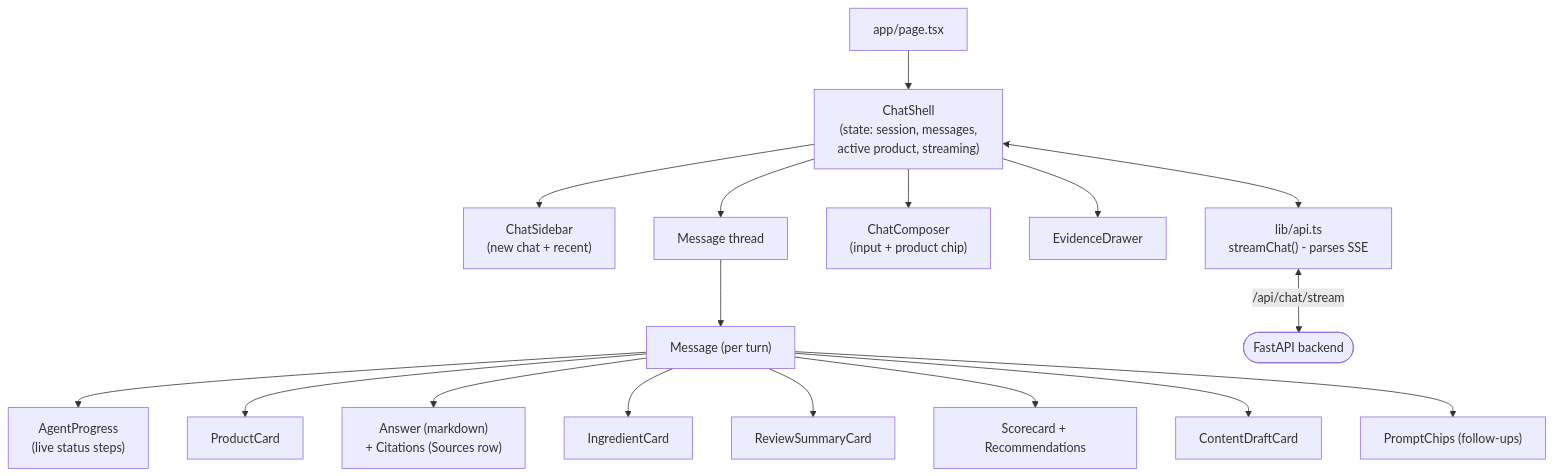
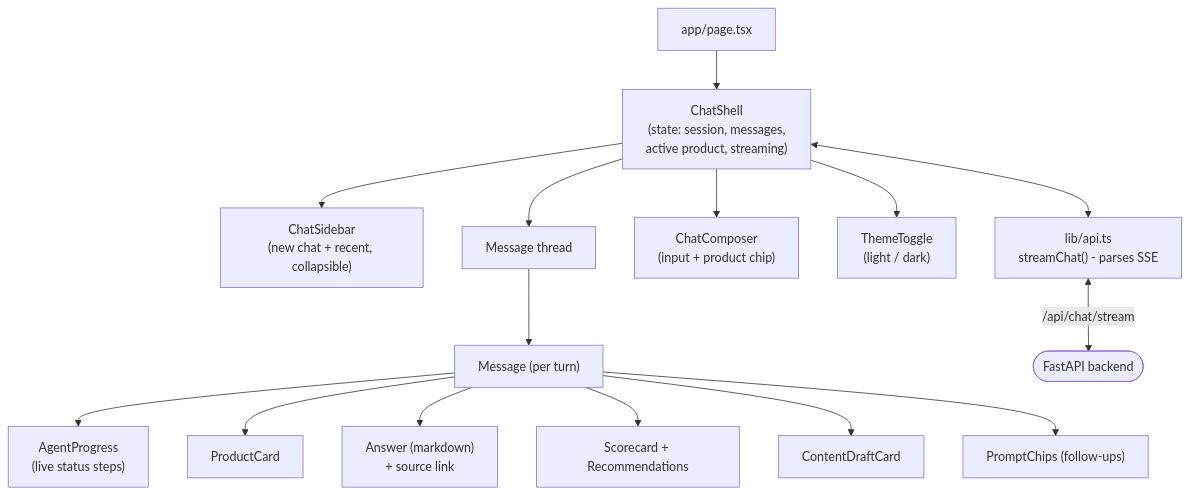
The sixth of 7 diagrams in docs/DIAGRAMS.md (vortexash/healf-product-intelligence-agent), drawn with Mermaid before and after one commit. The commit also changed other lines of this file and 6 other files, not shown here.

Commit message:
docs: final audit pass - fix stale references, refresh example outputs with all 9 scenarios incl. vision, update roadmap

````diff
--- a/docs/DIAGRAMS.md
+++ b/docs/DIAGRAMS.md
@@ -221,23 +221,21 @@
 ```mermaid
 flowchart TD
     PAGE["app/page.tsx"] --> SHELL["ChatShell<br/>(state: session, messages,<br/>active product, streaming)"]
 
-    SHELL --> SB["ChatSidebar<br/>(new chat + recent)"]
+    SHELL --> SB["ChatSidebar<br/>(new chat + recent, collapsible)"]
     SHELL --> MAIN2["Message thread"]
     SHELL --> COMP["ChatComposer<br/>(input + product chip)"]
-    SHELL --> DRAWER["EvidenceDrawer"]
+    SHELL --> THEME["ThemeToggle<br/>(light / dark)"]
 
     MAIN2 --> MSG["Message (per turn)"]
     MSG --> PROG["AgentProgress<br/>(live status steps)"]
     MSG --> PC["ProductCard"]
-    MSG --> ANS["Answer (markdown)<br/>+ Citations (Sources row)"]
-    MSG --> ICARD["IngredientCard"]
-    MSG --> RCARD["ReviewSummaryCard"]
+    MSG --> ANS["Answer (markdown)<br/>+ source link"]
     MSG --> SCORE["Scorecard + Recommendations"]
     MSG --> DRAFT["ContentDraftCard"]
     MSG --> CHIPS["PromptChips (follow-ups)"]
 
     LIBAPI["lib/api.ts<br/>streamChat() - parses SSE"]
     SHELL <--> LIBAPI
     LIBAPI <-->|"/api/chat/stream"| BE(["FastAPI backend"])
 ```
````
